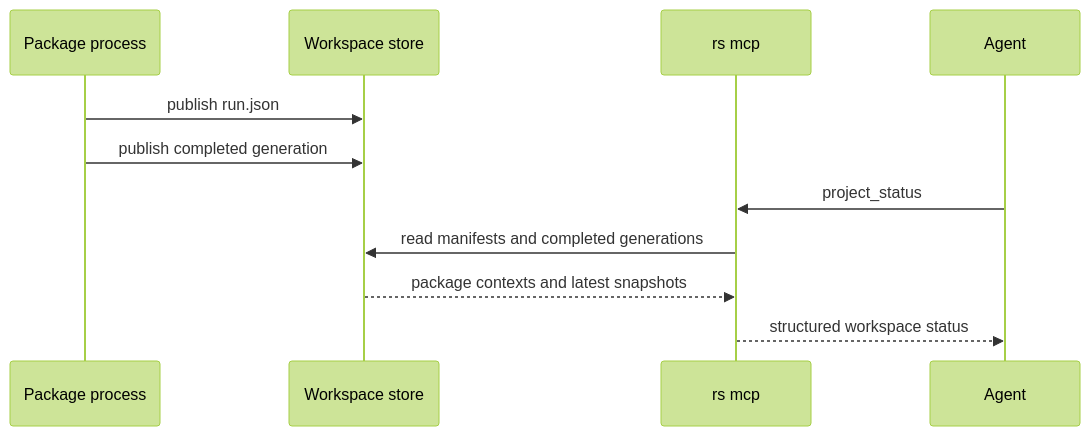
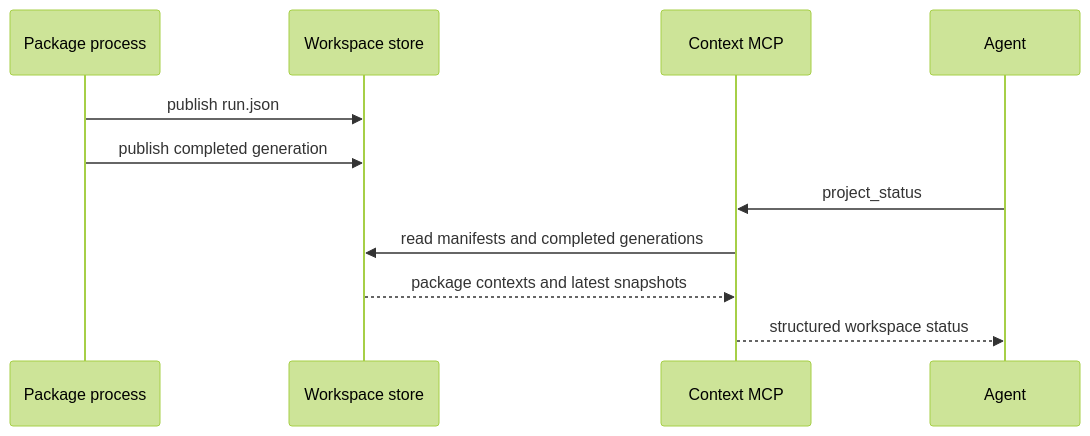
The third of 8 diagrams in docs/rfc.md (rstackjs/context), drawn with Mermaid (forest theme) before and after one commit. The commit also changed other lines of this file and 27 other files, not shown here.

````diff
--- a/docs/rfc.md
+++ b/docs/rfc.md
@@ -211,14 +210,14 @@
 ```mermaid
 sequenceDiagram
   participant P as Package process
   participant S as Workspace store
-  participant M as rs mcp
+  participant M as Context MCP
   participant A as Agent
 
   P->>S: publish run.json
   P->>S: publish completed generation
   A->>M: project_status
   M->>S: read manifests and completed generations
   S-->>M: package contexts and latest snapshots
   M-->>A: structured workspace status
 ```
````
